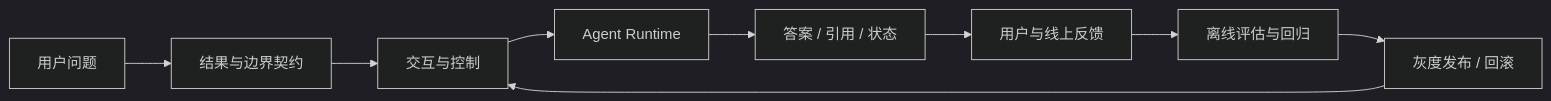
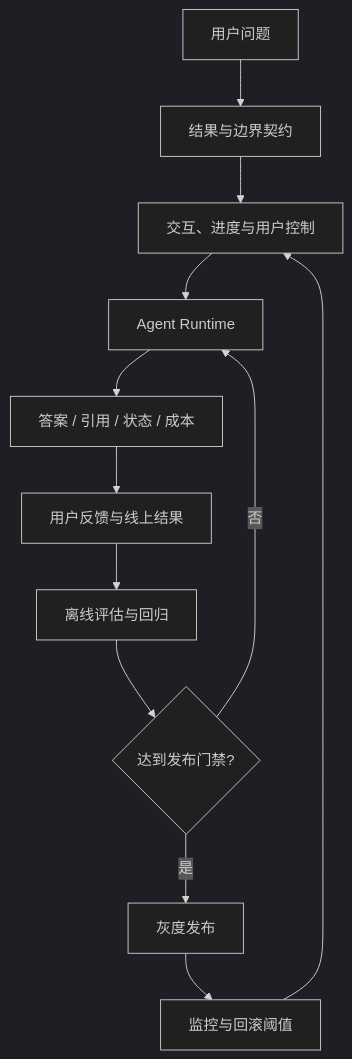
One commit to wujinjun/ai-agent-book changed the first of 7 diagrams in docs/part-07-advanced/ch37-demo-to-product.md. Above: the diagram before and after it, drawn with Mermaid (dark theme). The commit also changed other lines of this file and 536 other files, not shown here.

````diff
--- a/docs/part-07-advanced/ch37-demo-to-product.md
+++ b/docs/part-07-advanced/ch37-demo-to-product.md
@@ -25,14 +27,17 @@
 ```mermaid
 %% id: agent-product-feedback-release-loop
 %% title: Agent 产品反馈与发布闭环
 %% alt: 用户问题转化为结果边界契约，经交互 Runtime 产生答案引用状态，并将反馈进入评估灰度发布和回滚
-flowchart LR
+flowchart TB
     Need["用户问题"] --> Contract["结果与边界契约"]
-    Contract --> UX["交互与控制"]
+    Contract --> UX["交互、进度与用户控制"]
     UX --> Runtime["Agent Runtime"]
-    Runtime --> Evidence["答案 / 引用 / 状态"]
-    Evidence --> Feedback["用户与线上反馈"]
+    Runtime --> Evidence["答案 / 引用 / 状态 / 成本"]
+    Evidence --> Feedback["用户反馈与线上结果"]
     Feedback --> Eval["离线评估与回归"]
-    Eval --> Release["灰度发布 / 回滚"]
-    Release --> UX
+    Eval --> Gate{"达到发布门禁?"}
+    Gate -->|否| Runtime
+    Gate -->|是| Release["灰度发布"]
+    Release --> Observe["监控与回滚阈值"]
+    Observe --> UX
 ```
````
